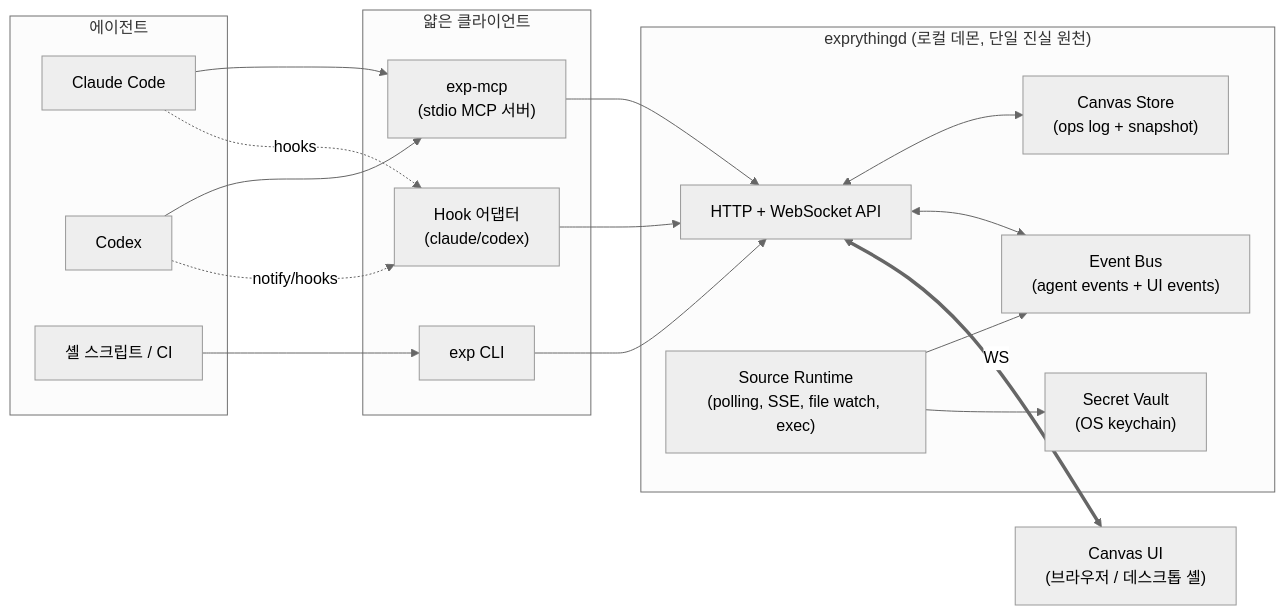
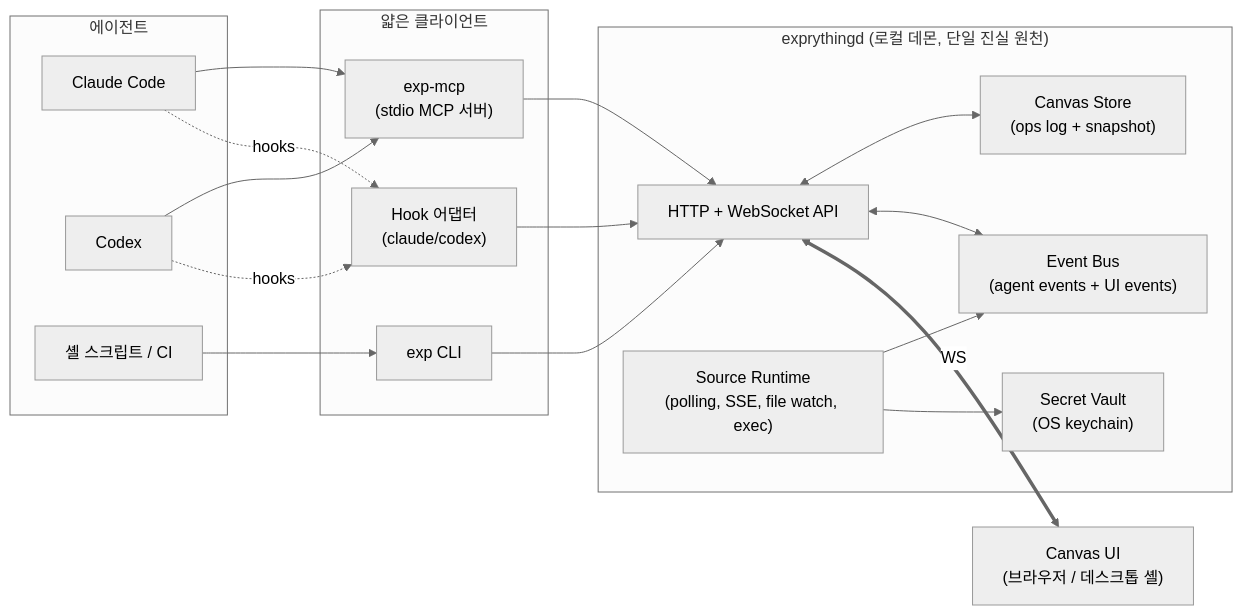
Before and after one commit to build-gear/Exprything: the second of 3 diagrams in docs/DESIGN.md, drawn with Mermaid (neutral theme). The commit also changed other lines of this file and 17 other files, not shown here.

````diff
--- a/docs/DESIGN.md
+++ b/docs/DESIGN.md
@@ -79,38 +79,38 @@
 ```mermaid
 flowchart LR
   subgraph Agents["에이전트"]
     CC[Claude Code]
     CX[Codex]
     SH[셸 스크립트 / CI]
   end
 
   subgraph Clients["얇은 클라이언트"]
     MCP["exp-mcp<br/>(stdio MCP 서버)"]
     CLI["exp CLI"]
     HOOK["Hook 어댑터<br/>(claude/codex)"]
   end
 
   subgraph Daemon["exprythingd (로컬 데몬, 단일 진실 원천)"]
     API["HTTP + WebSocket API"]
     STORE["Canvas Store<br/>(ops log + snapshot)"]
     SRC["Source Runtime<br/>(polling, SSE, file watch, exec)"]
     EVT["Event Bus<br/>(agent events + UI events)"]
     SEC["Secret Vault<br/>(OS keychain)"]
   end
 
   UI["Canvas UI<br/>(브라우저 / 데스크톱 셸)"]
 
   CC --> MCP
   CX --> MCP
   CC -. hooks .-> HOOK
-  CX -. notify/hooks .-> HOOK
+  CX -. hooks .-> HOOK
   SH --> CLI
   MCP --> API
   CLI --> API
   HOOK --> API
   API <--> STORE
   API <--> EVT
   SRC --> EVT
   SRC --> SEC
   API <== WS ==> UI
 ```
````
